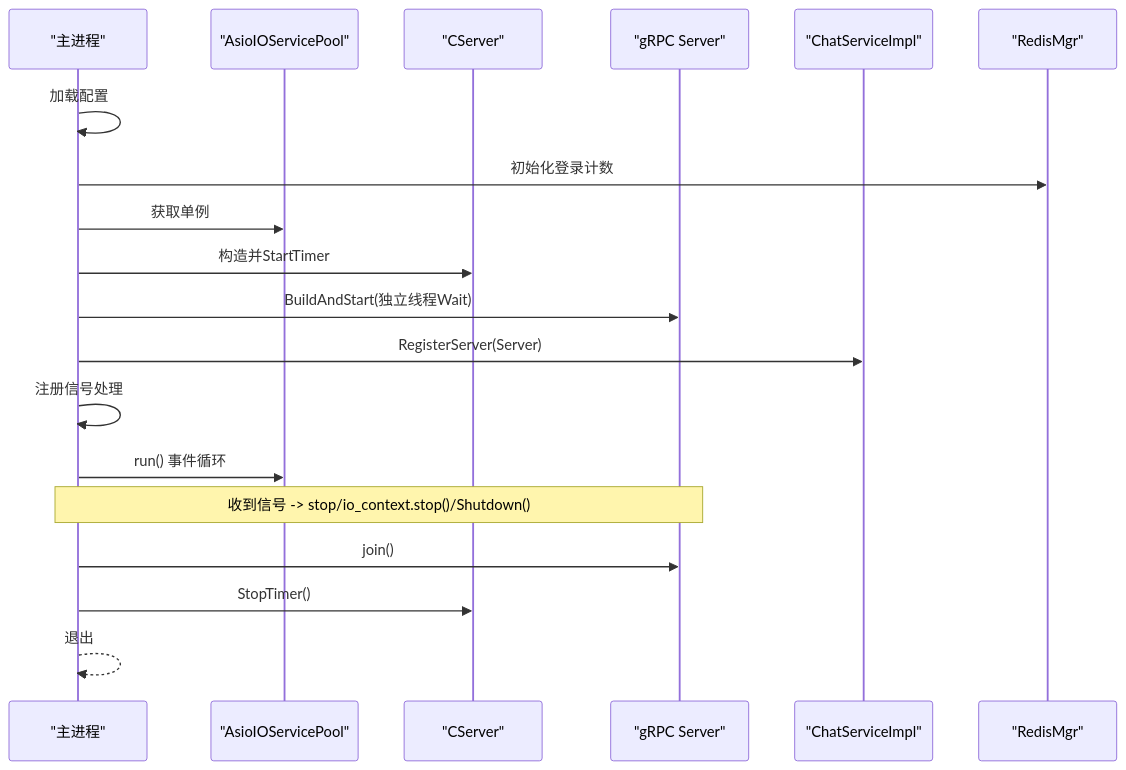
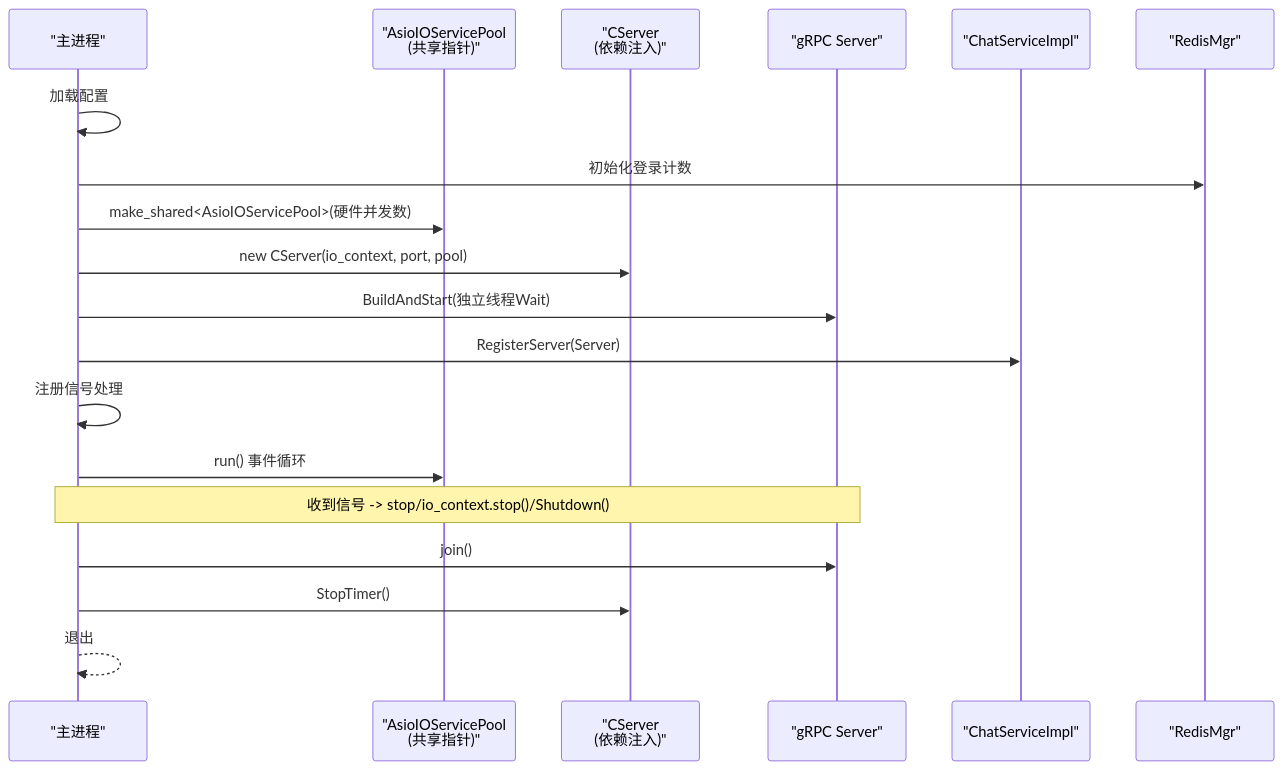
Before and after one commit to echo9923/mychatter: the second of 10 diagrams in .qoder/repowiki/zh/content/服务端开发/ChatServer聊天核心服务/核心服务架构.md, drawn with Mermaid. The commit also changed other lines of this file and 107 other files, not shown here.

````diff
--- a/.qoder/repowiki/zh/content/服务端开发/ChatServer聊天核心服务/核心服务架构.md
+++ b/.qoder/repowiki/zh/content/服务端开发/ChatServer聊天核心服务/核心服务架构.md
@@ -113,21 +109,21 @@
 ```mermaid
 sequenceDiagram
 participant Main as "主进程"
-participant Pool as "AsioIOServicePool"
-participant Server as "CServer"
+participant Pool as "AsioIOServicePool<br/>(共享指针)"
+participant Server as "CServer<br/>(依赖注入)"
 participant GRPC as "gRPC Server"
 participant Impl as "ChatServiceImpl"
 participant Redis as "RedisMgr"
 Main->>Main : 加载配置
 Main->>Redis : 初始化登录计数
-Main->>Pool : 获取单例
-Main->>Server : 构造并StartTimer
+Main->>Pool : make_shared<AsioIOServicePool>(硬件并发数)
+Main->>Server : new CServer(io_context, port, pool)
 Main->>GRPC : BuildAndStart(独立线程Wait)
 Main->>Impl : RegisterServer(Server)
 Main->>Main : 注册信号处理
 Main->>Pool : run() 事件循环
 Note over Main,GRPC : 收到信号 -> stop/io_context.stop()/Shutdown()
 Main->>GRPC : join()
 Main->>Server : StopTimer()
 Main-->>Main : 退出
 ```
````
